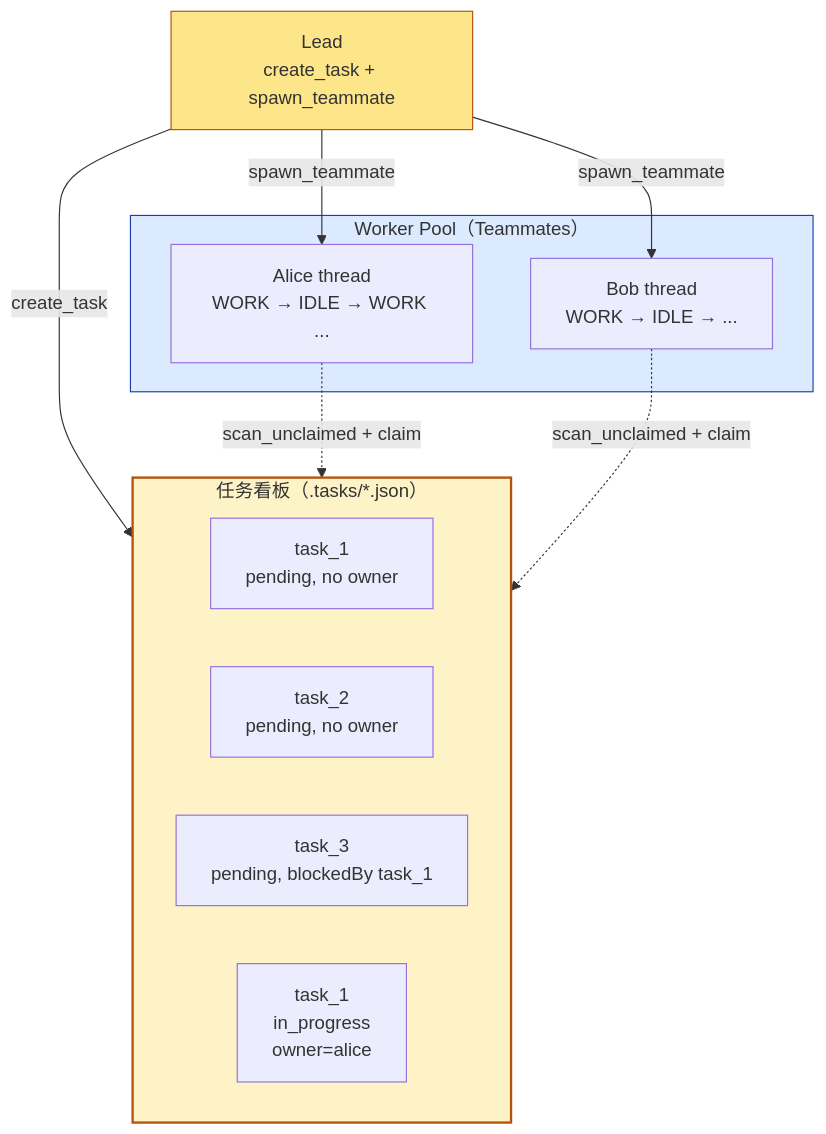
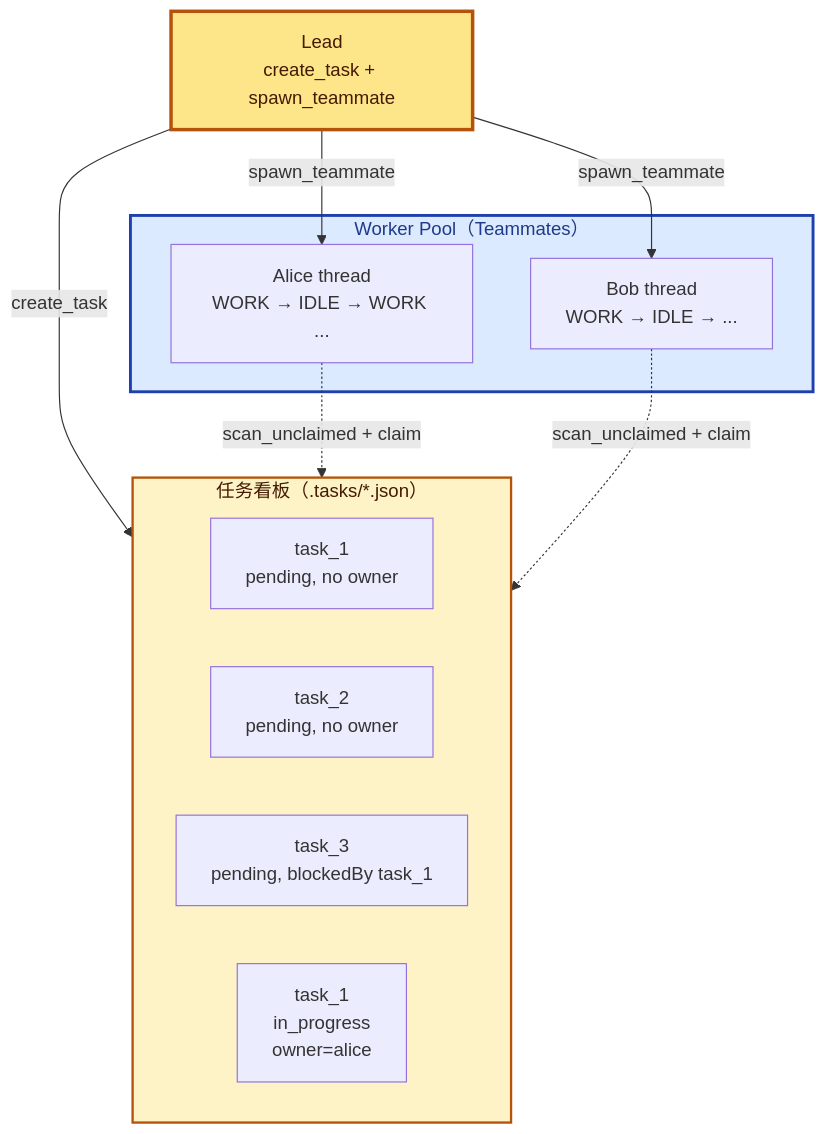
Before and after one commit to PyrePuin/From-Zero-LLM-Agent-Infra-Notes: the first of 4 diagrams in Agent/Harness/Claude Code/Phase 5 - 多智能体/17 - Autonomous Agents.md, drawn with Mermaid. The commit also changed other lines of this file and 23 other files, not shown here.

First line of the commit message:
refactor(mermaid): 统一所有图的视觉规范

````diff
--- a/Agent/Harness/Claude Code/Phase 5 - 多智能体/17 - Autonomous Agents.md
+++ b/Agent/Harness/Claude Code/Phase 5 - 多智能体/17 - Autonomous Agents.md
@@ -204,27 +204,28 @@
 ```mermaid
+%%{init: {'themeVariables': {'fontSize': '16px', 'fontFamily': 'ui-sans-serif, system-ui, -apple-system, "Segoe UI", Roboto, sans-serif'}}}%%
 flowchart TB
     subgraph Board["任务看板（.tasks/*.json）"]
         T1["task_1<br/>pending, no owner"]
         T2["task_2<br/>pending, no owner"]
         T3["task_3<br/>pending, blockedBy task_1"]
         T4["task_1<br/>in_progress<br/>owner=alice"]
     end
 
     subgraph Workers["Worker Pool（Teammates）"]
         A["Alice thread<br/>WORK → IDLE → WORK ..."]
         B["Bob thread<br/>WORK → IDLE → ..."]
     end
 
     Lead["Lead<br/>create_task + spawn_teammate"]
 
     Lead -->|"create_task"| Board
     Lead -->|"spawn_teammate"| A
     Lead -->|"spawn_teammate"| B
 
     A -.->|"scan_unclaimed + claim"| Board
     B -.->|"scan_unclaimed + claim"| Board
 
-    style Board fill:#fef3c7,stroke:#b45309,stroke-width:2px
-    style Workers fill:#dbeafe,stroke:#1e40af
-    style Lead fill:#fde68a,stroke:#b45309
+    style Board fill:#fef3c7,stroke:#b45309,stroke-width:2px,color:#451a03
+    style Workers fill:#dbeafe,stroke:#1e40af,stroke-width:2.5px,color:#1e3a8a
+    style Lead fill:#fde68a,stroke:#b45309,stroke-width:3px,color:#451a03
 ```
````
